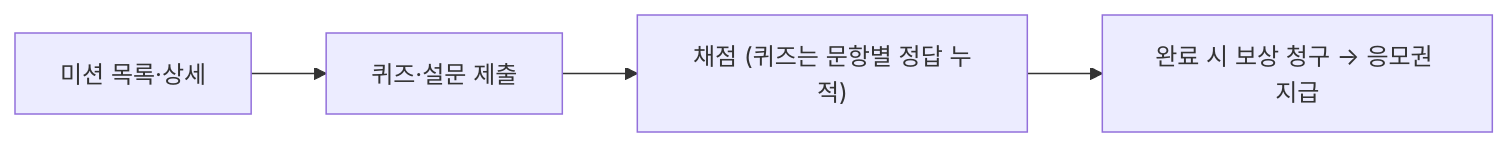
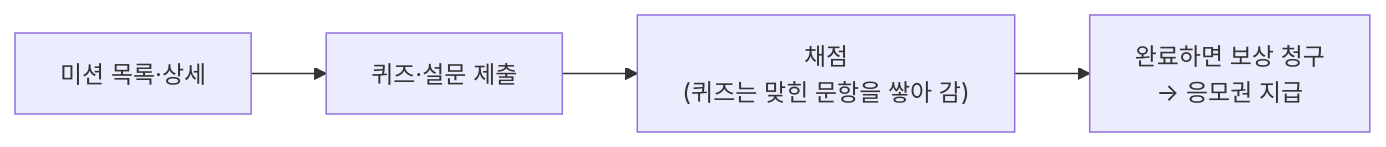
Before and after one commit to GETDDO/getddo-be: the eighth of 13 diagrams in README.md, drawn with Mermaid. The commit also changed other lines of this file, not shown here.

````diff
--- a/README.md
+++ b/README.md
@@ -421,6 +422,6 @@
 ```mermaid
 flowchart LR
     List["미션 목록·상세"] --> Submit["퀴즈·설문 제출"]
-    Submit --> Grade["채점 (퀴즈는 문항별 정답 누적)"]
-    Grade --> Reward["완료 시 보상 청구 → 응모권 지급"]
+    Submit --> Grade["채점<br/>(퀴즈는 맞힌 문항을 쌓아 감)"]
+    Grade --> Reward["완료하면 보상 청구<br/>→ 응모권 지급"]
 ```
````
